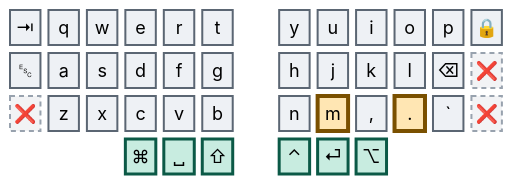
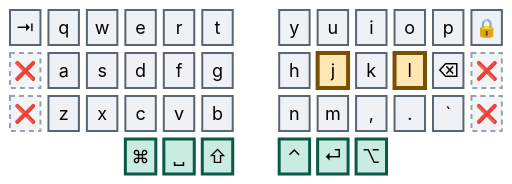
Before and after one commit to abloch/zmk-corne: the eighth of 41 diagrams in combos.md, drawn with Mermaid. The commit also changed other lines of this file and 5 other files, not shown here.

````diff
--- a/combos.md
+++ b/combos.md
@@ -207,21 +209,21 @@
 ```mermaid
 %%{init: {'theme':'base','themeVariables':{'primaryColor':'#eef1f5','primaryTextColor':'#0b0f14','primaryBorderColor':'#5b6673','nodeTextColor':'#0b0f14','textColor':'#0b0f14','mainBkg':'#eef1f5','fontSize':'18px'}}}%%
 block
 columns 13
 
   tab["⇥"] q w e r t space y u i o p lock["🔒"]
-  esc["␛"] a s d f g space h j k l bspc["⌫"] x1["❌"]
+  x4["❌"] a s d f g space h j k l bspc["⌫"] x1["❌"]
   x2["❌"] z x c v b space n m cma[","] dot["."] grv[" `"] x3["❌"]
   space:3 cmd["⌘"] spc["␣"] sft["⇧"] space ctl["⌃"] ent["⏎"] alt["⌥"] space:3
 
   classDef anchor fill:#bfe6f0,stroke:#0a4f63,stroke-width:4px,color:#04222b
   classDef trig fill:#ffe6b3,stroke:#7a5000,stroke-width:4px,color:#2e1e00
   classDef core fill:#eef1f5,stroke:#5b6673,stroke-width:2px,color:#0b0f14
   classDef thumb fill:#c8ece0,stroke:#0b5946,stroke-width:3px,color:#06241c
   classDef dead fill:#f2f3f5,stroke:#98a2ae,stroke-width:2px,stroke-dasharray:5 4,color:#5b6673
 
-  class m,dot trig
-  class tab,q,w,e,r,t,y,u,i,o,p,lock,esc,a,s,d,f,g,h,j,k,l,bspc,z,x,c,v,b,n,cma,grv core
+  class j,l trig
+  class tab,q,w,e,r,t,y,u,i,o,p,lock,a,s,d,f,g,h,k,bspc,z,x,c,v,b,n,m,cma,dot,grv core
   class cmd,spc,sft,ctl,ent,alt thumb
-  class x1,x2,x3 dead
+  class x1,x2,x3,x4 dead
 ```
````
